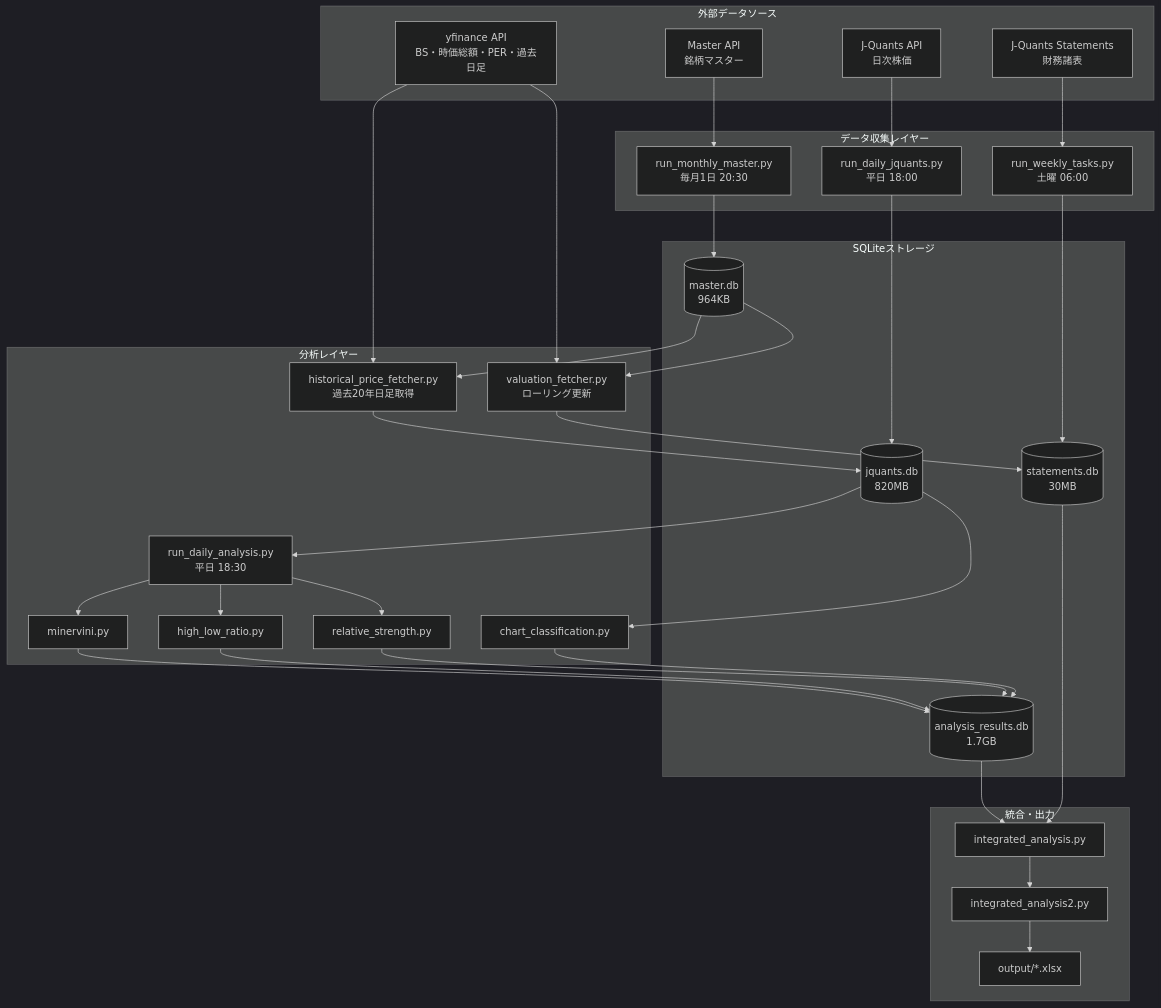
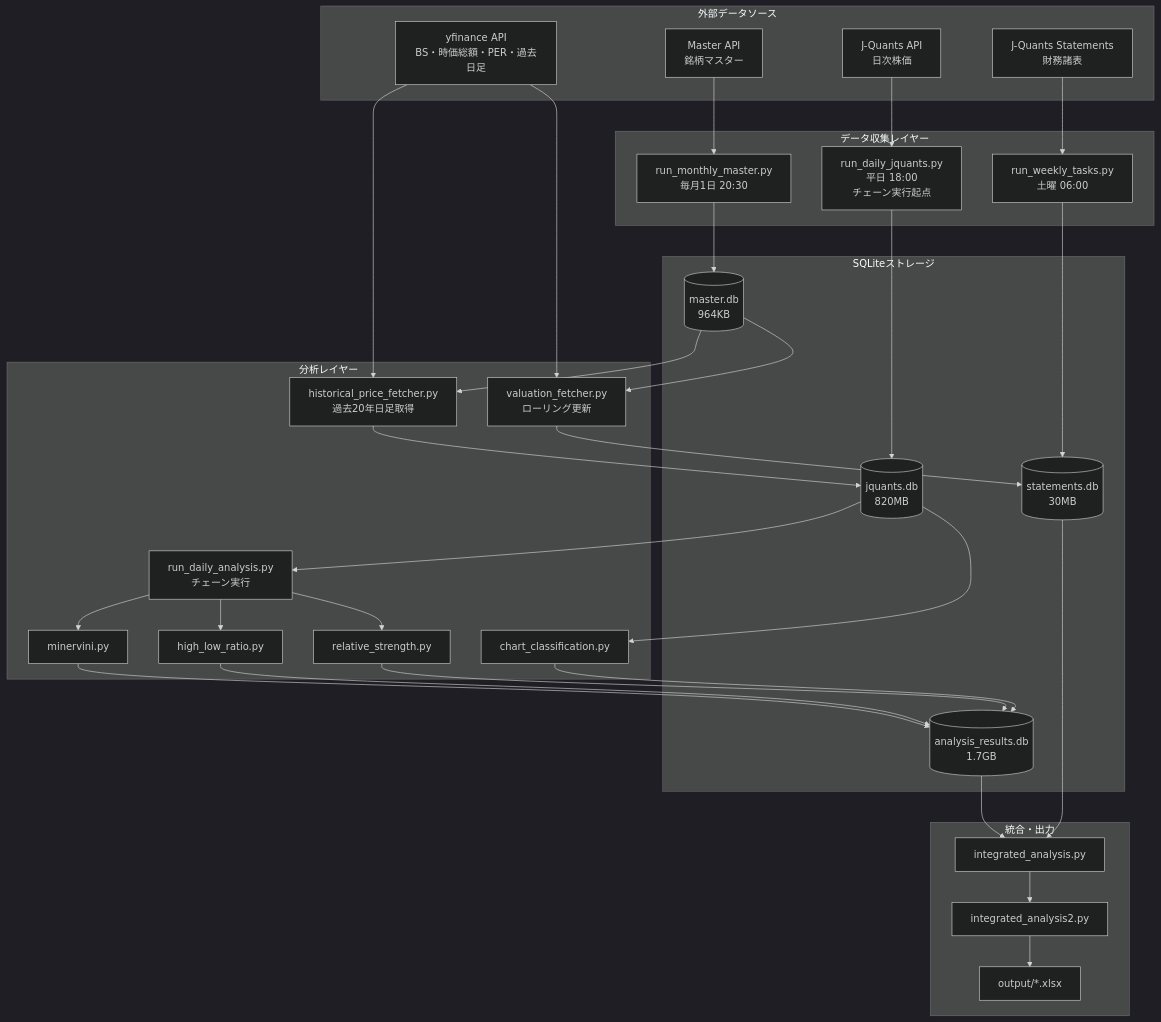
Before and after one commit to aidotters/stock-analysis: the first of 8 diagrams in docs/core/diagrams.md, drawn with Mermaid (dark theme). The commit also changed other lines of this file and 11 other files, not shown here.

````diff
--- a/docs/core/diagrams.md
+++ b/docs/core/diagrams.md
@@ -5,56 +5,56 @@
 ```mermaid
 flowchart TB
     subgraph External["外部データソース"]
         JQ[J-Quants API<br/>日次株価]
         JS[J-Quants Statements<br/>財務諸表]
         MA[Master API<br/>銘柄マスター]
         YF[yfinance API<br/>BS・時価総額・PER・過去日足]
     end
 
     subgraph Collection["データ収集レイヤー"]
-        RDJ[run_daily_jquants.py<br/>平日 18:00]
+        RDJ[run_daily_jquants.py<br/>平日 18:00<br/>チェーン実行起点]
         RWT[run_weekly_tasks.py<br/>土曜 06:00]
         RMM[run_monthly_master.py<br/>毎月1日 20:30]
     end
 
     subgraph Storage["SQLiteストレージ"]
         JDB[(jquants.db<br/>820MB)]
         SDB[(statements.db<br/>30MB)]
         MDB[(master.db<br/>964KB)]
         ADB[(analysis_results.db<br/>1.7GB)]
     end
 
     subgraph Analysis["分析レイヤー"]
-        RDA[run_daily_analysis.py<br/>平日 18:30]
+        RDA[run_daily_analysis.py<br/>チェーン実行]
         MIN[minervini.py]
         HLR[high_low_ratio.py]
         RSP[relative_strength.py]
         CHR[chart_classification.py]
         VF[valuation_fetcher.py<br/>ローリング更新]
         HPF[historical_price_fetcher.py<br/>過去20年日足取得]
     end
 
     subgraph Integration["統合・出力"]
         IA1[integrated_analysis.py]
         IA2[integrated_analysis2.py]
         OUT[output/*.xlsx]
     end
 
     JQ --> RDJ --> JDB
     JS --> RWT --> SDB
     MA --> RMM --> MDB
 
     JDB --> RDA
     RDA --> MIN --> ADB
     RDA --> HLR --> ADB
     RDA --> RSP --> ADB
     JDB --> CHR --> ADB
     MDB --> VF
     YF --> VF --> SDB
     MDB --> HPF
     YF --> HPF --> JDB
 
     ADB --> IA1
     SDB --> IA1
     IA1 --> IA2 --> OUT
 ```
````
